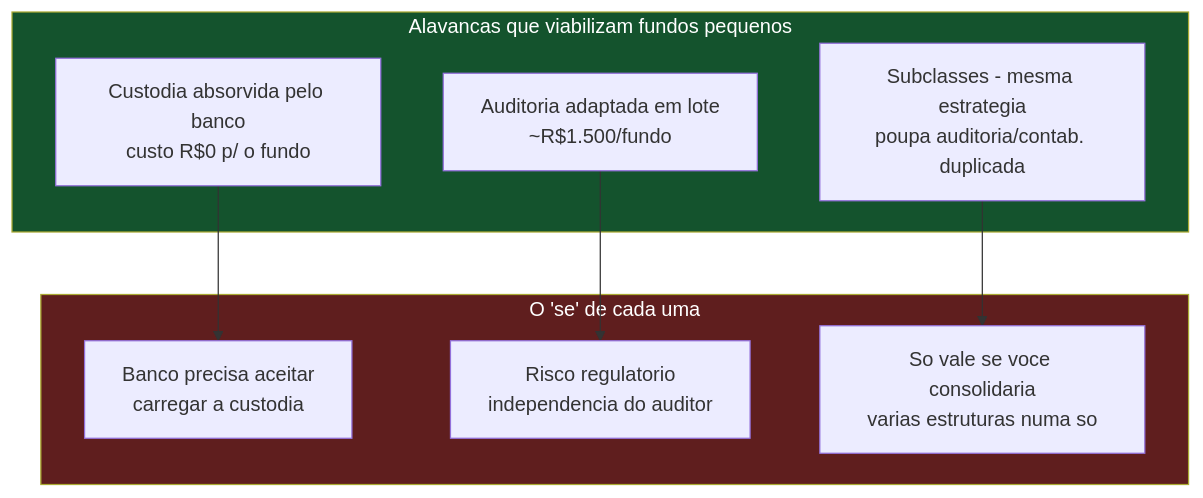
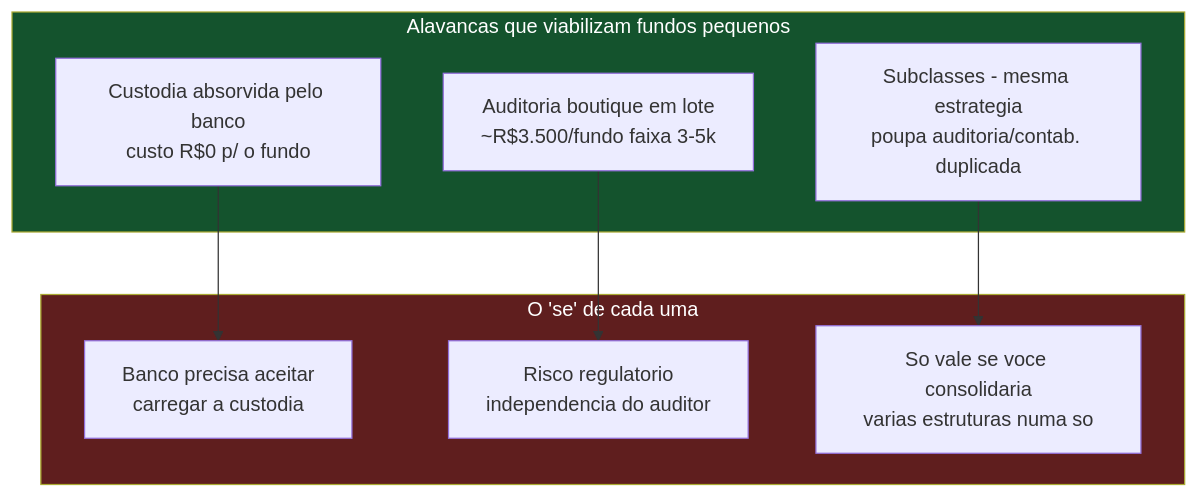
The fourth of 4 diagrams in planilha_custos.md (viniciuscbf/dtvm), drawn with Mermaid before and after one commit. The commit also changed other lines of this file and 53 other files, not shown here.

````diff
--- a/planilha_custos.md
+++ b/planilha_custos.md
@@ -191,18 +191,18 @@
 ```mermaid
 graph TB
     subgraph Alav["Alavancas que viabilizam fundos pequenos"]
         A1[Custodia absorvida pelo banco<br/>custo R$0 p/ o fundo]
-        A2[Auditoria adaptada em lote<br/>~R$1.500/fundo]
+        A2[Auditoria boutique em lote<br/>~R$3.500/fundo faixa 3-5k]
         A3[Subclasses - mesma estrategia<br/>poupa auditoria/contab. duplicada]
     end
     subgraph Risco["O 'se' de cada uma"]
         R1[Banco precisa aceitar<br/>carregar a custodia]
         R2[Risco regulatorio<br/>independencia do auditor]
         R3[So vale se voce consolidaria<br/>varias estruturas numa so]
     end
     A1 --> R1
     A2 --> R2
     A3 --> R3
     style Alav fill:#14532d,color:#fff
     style Risco fill:#5f1e1e,color:#fff
 ```
````
